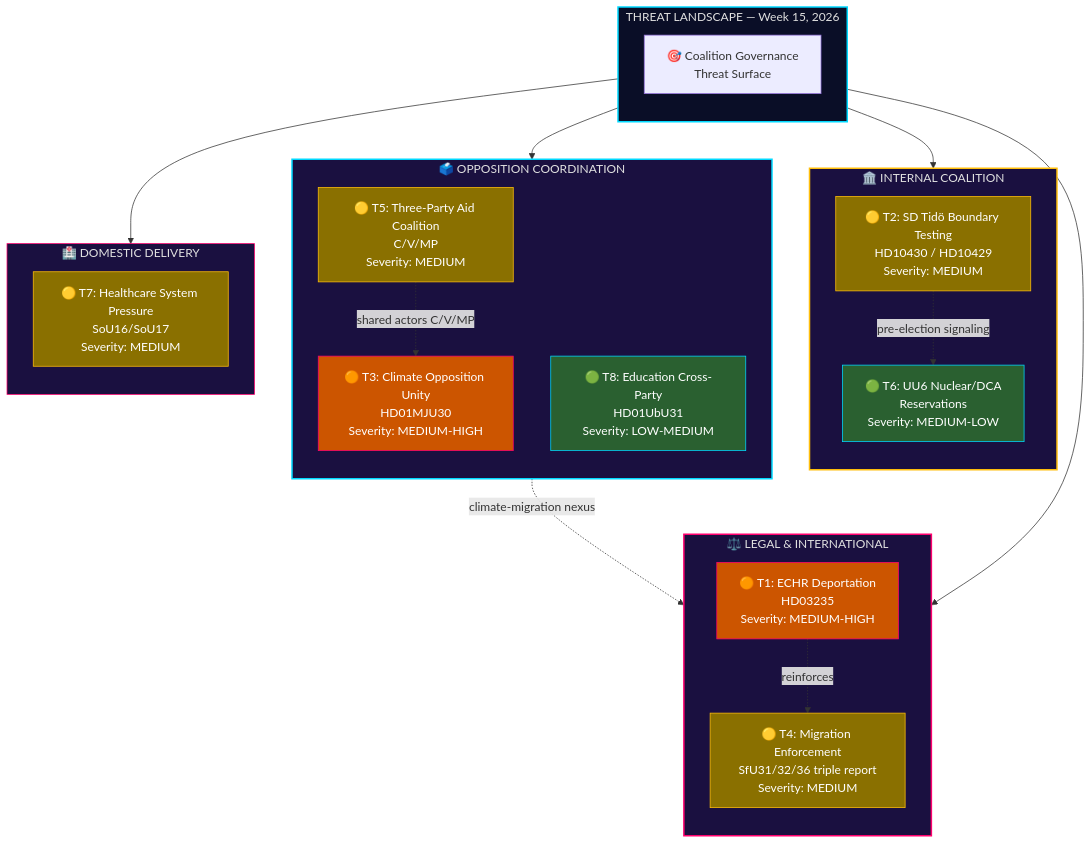
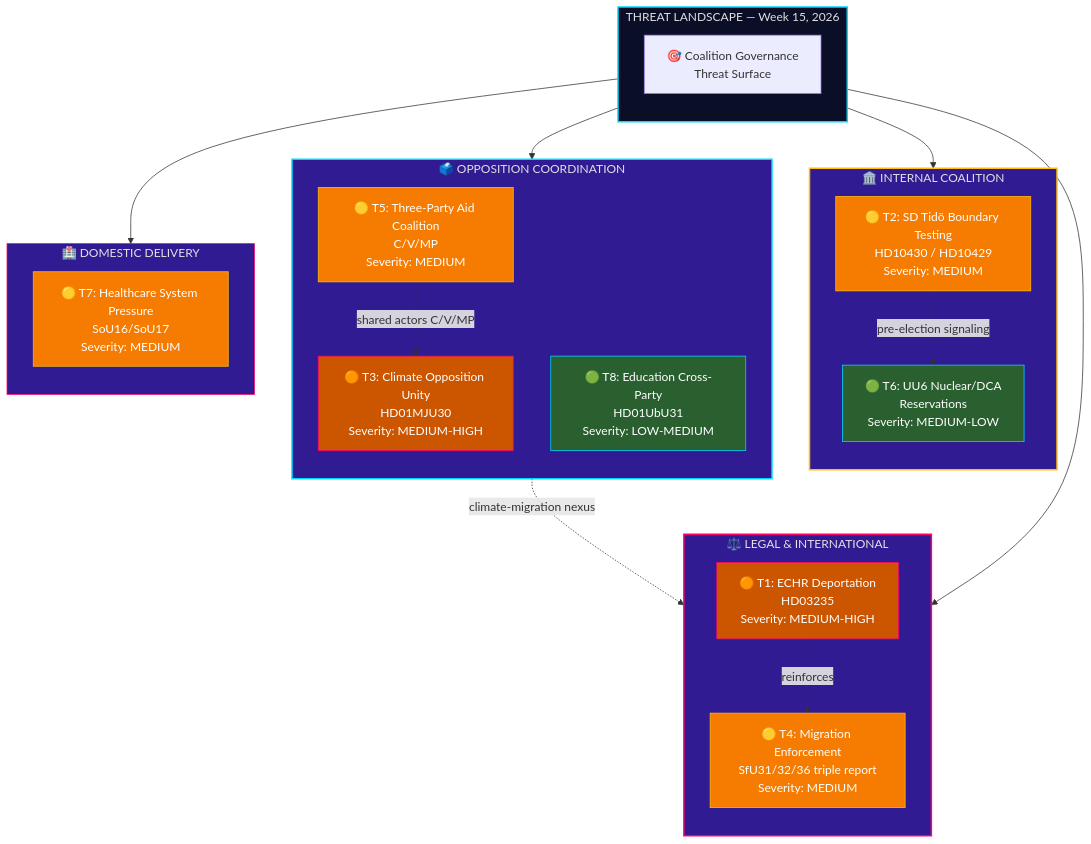
One commit to Hack23/riksdagsmonitor changed the diagram in analysis/daily/2026-04-11/weekly-review/threat-analysis.md. Above: the diagram before and after it, drawn with Mermaid. The commit also changed 785 other files, not shown here.

First line of the commit message:
Normalize mermaid colors across 786 analysis artifacts to ISMS Style Guide palette

````diff
--- a/analysis/daily/2026-04-11/weekly-review/threat-analysis.md
+++ b/analysis/daily/2026-04-11/weekly-review/threat-analysis.md
@@ -30,55 +30,55 @@
 ```mermaid
 graph TD
     subgraph ROOT["THREAT LANDSCAPE — Week 15, 2026"]
         direction TB
         A["🎯 Coalition Governance<br/>Threat Surface"]
     end
 
     subgraph LEGAL["⚖️ LEGAL & INTERNATIONAL"]
         direction TB
         T1["🟠 T1: ECHR Deportation<br/>HD03235<br/>Severity: MEDIUM-HIGH"]
         T4["🟡 T4: Migration Enforcement<br/>SfU31/32/36 triple report<br/>Severity: MEDIUM"]
     end
 
     subgraph INTERNAL["🏛️ INTERNAL COALITION"]
         direction TB
         T2["🟡 T2: SD Tidö Boundary Testing<br/>HD10430 / HD10429<br/>Severity: MEDIUM"]
         T6["🟢 T6: UU6 Nuclear/DCA<br/>Reservations<br/>Severity: MEDIUM-LOW"]
     end
 
     subgraph OPPOSITION["🗳️ OPPOSITION COORDINATION"]
         direction TB
         T3["🟠 T3: Climate Opposition Unity<br/>HD01MJU30<br/>Severity: MEDIUM-HIGH"]
         T5["🟡 T5: Three-Party Aid Coalition<br/>C/V/MP<br/>Severity: MEDIUM"]
         T8["🟢 T8: Education Cross-Party<br/>HD01UbU31<br/>Severity: LOW-MEDIUM"]
     end
 
     subgraph WELFARE["🏥 DOMESTIC DELIVERY"]
         direction TB
         T7["🟡 T7: Healthcare System Pressure<br/>SoU16/SoU17<br/>Severity: MEDIUM"]
     end
 
     A --> LEGAL
     A --> INTERNAL
     A --> OPPOSITION
     A --> WELFARE
 
     T1 -. "reinforces" .-> T4
     T3 -. "climate-migration nexus" .-> T1
     T5 -. "shared actors C/V/MP" .-> T3
     T2 -. "pre-election signaling" .-> T6
 
     style ROOT fill:#0a0e27,stroke:#00d9ff,stroke-width:2px,color:#e0e0e0
-    style LEGAL fill:#1a1040,stroke:#ff006e,stroke-width:2px,color:#e0e0e0
-    style INTERNAL fill:#1a1040,stroke:#ffbe0b,stroke-width:2px,color:#e0e0e0
-    style OPPOSITION fill:#1a1040,stroke:#00d9ff,stroke-width:2px,color:#e0e0e0
-    style WELFARE fill:#1a1040,stroke:#ff006e,stroke-width:1px,color:#e0e0e0
-    style T1 fill:#cc5500,stroke:#ff006e,color:#fff
-    style T2 fill:#8a7000,stroke:#ffbe0b,color:#fff
-    style T3 fill:#cc5500,stroke:#ff006e,color:#fff
-    style T4 fill:#8a7000,stroke:#ffbe0b,color:#fff
-    style T5 fill:#8a7000,stroke:#ffbe0b,color:#fff
-    style T6 fill:#2a6030,stroke:#00d9ff,color:#fff
-    style T7 fill:#8a7000,stroke:#ffbe0b,color:#fff
-    style T8 fill:#2a6030,stroke:#00d9ff,color:#fff
+    style LEGAL fill:#311B92,stroke:#ff006e,stroke-width:2px,color:#e0e0e0
+    style INTERNAL fill:#311B92,stroke:#ffbe0b,stroke-width:2px,color:#e0e0e0
+    style OPPOSITION fill:#311B92,stroke:#00d9ff,stroke-width:2px,color:#e0e0e0
+    style WELFARE fill:#311B92,stroke:#ff006e,stroke-width:1px,color:#e0e0e0
+    style T1 fill:#cc5500,stroke:#ff006e,color:#FFFFFF
+    style T2 fill:#F57C00,stroke:#ffbe0b,color:#FFFFFF
+    style T3 fill:#cc5500,stroke:#ff006e,color:#FFFFFF
+    style T4 fill:#F57C00,stroke:#ffbe0b,color:#FFFFFF
+    style T5 fill:#F57C00,stroke:#ffbe0b,color:#FFFFFF
+    style T6 fill:#2a6030,stroke:#00d9ff,color:#FFFFFF
+    style T7 fill:#F57C00,stroke:#ffbe0b,color:#FFFFFF
+    style T8 fill:#2a6030,stroke:#00d9ff,color:#FFFFFF
 ```
````
